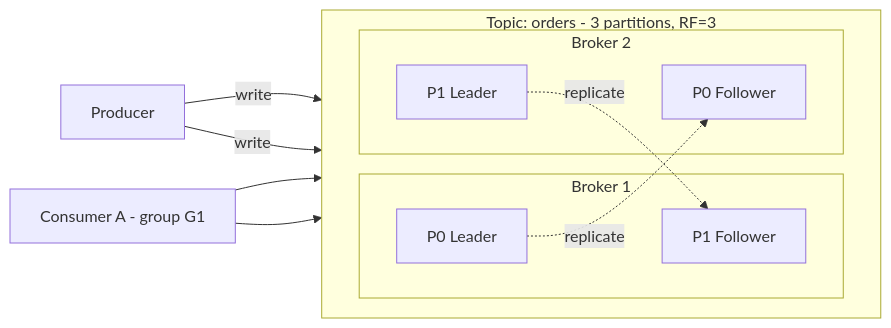
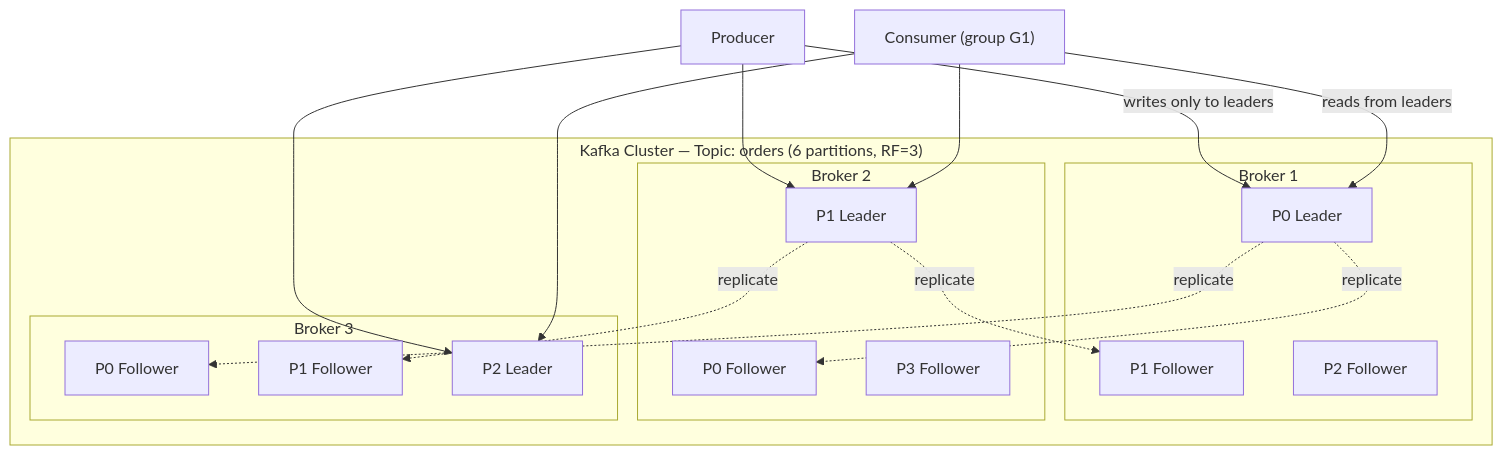
Before and after one commit to cookiee01/data-engineering-learning-resources: the second of 13 diagrams in apache-kafka/notes.md, drawn with Mermaid. The commit also changed other lines of this file, not shown here.

First line of the commit message:
Enhance kafka/notes.md: opening question, 7 real interview Qs, decision trees

````diff
--- a/apache-kafka/notes.md
+++ b/apache-kafka/notes.md
@@ -67,20 +87,31 @@
 ```mermaid
-flowchart LR
-    subgraph Topic[Topic: orders - 3 partitions, RF=3]
-        direction LR
-        subgraph B1[Broker 1]
-            P0L[P0 Leader]
-            P1F[P1 Follower]
+flowchart TB
+    subgraph Cluster["Kafka Cluster — Topic: orders (6 partitions, RF=3)"]
+        subgraph B1["Broker 1"]
+            P0L["P0 Leader"]
+            P1F["P1 Follower"]
+            P2F["P2 Follower"]
         end
-        subgraph B2[Broker 2]
-            P0F[P0 Follower]
-            P1L[P1 Leader]
+        subgraph B2["Broker 2"]
+            P0F["P0 Follower"]
+            P1L["P1 Leader"]
+            P3F["P3 Follower"]
         end
+        subgraph B3["Broker 3"]
+            P0F2["P0 Follower"]
+            P1F2["P1 Follower"]
+            P2L["P2 Leader"]
+        end
+        P0L -.->|replicate| P0F
+        P0L -.->|replicate| P0F2
+        P1L -.->|replicate| P1F
+        P1L -.->|replicate| P1F2
     end
-    Producer -->|write| P0L
-    Producer -->|write| P1L
-    P0L -.->|replicate| P0F
-    P1L -.->|replicate| P1F
-    C1[Consumer A - group G1] --> P0L
-    C1 --> P1F
+
+    PR["Producer"] -->|writes only to leaders| P0L
+    PR --> P1L
+    PR --> P2L
+    CO["Consumer (group G1)"] -->|reads from leaders| P0L
+    CO --> P1L
+    CO --> P2L
 ```
````
